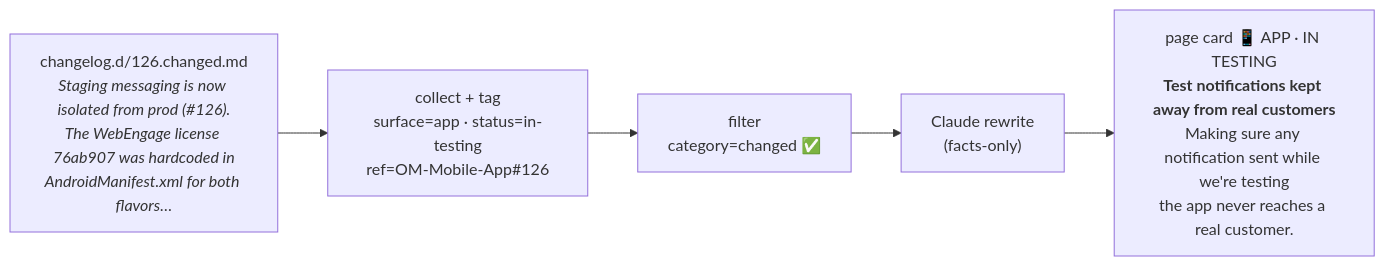
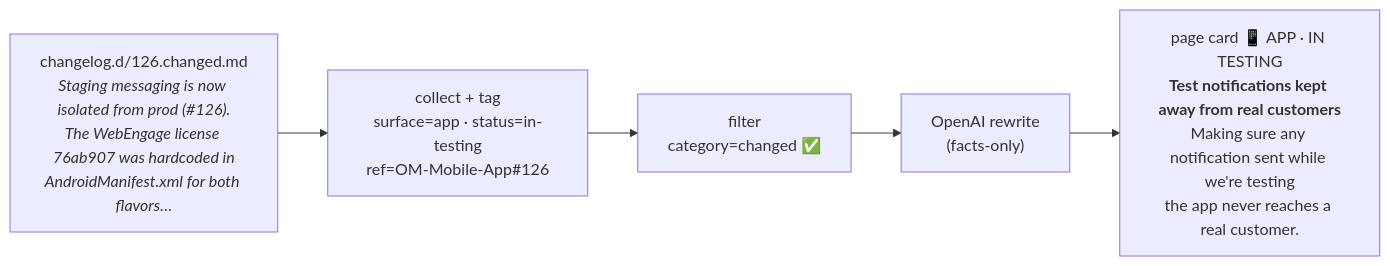
Before and after one commit to OrganicMandya/OM-Changelog: the second of 2 diagrams in AGGREGATION.md, drawn with Mermaid. The commit also changed other lines of this file and 3 other files, not shown here.

First line of the commit message:
feat(aggregate): switch rewrite model Anthropic → OpenAI (om/openai-api-key) (#14)

````diff
--- a/AGGREGATION.md
+++ b/AGGREGATION.md
@@ -44,8 +44,8 @@
 ```mermaid
 flowchart LR
     A["changelog.d/126.changed.md<br/><i>Staging messaging is now isolated from prod (#126).<br/>The WebEngage license 76ab907 was hardcoded in<br/>AndroidManifest.xml for both flavors…</i>"]
       --> B["collect + tag<br/>surface=app · status=in-testing<br/>ref=OM-Mobile-App#126"]
     B --> C["filter<br/>category=changed ✅"]
-    C --> D["Claude rewrite<br/>(facts-only)"]
+    C --> D["OpenAI rewrite<br/>(facts-only)"]
     D --> E["page card 📱 APP · IN TESTING<br/><b>Test notifications kept away from real customers</b><br/>Making sure any notification sent while we're testing<br/>the app never reaches a real customer."]
 ```
````
